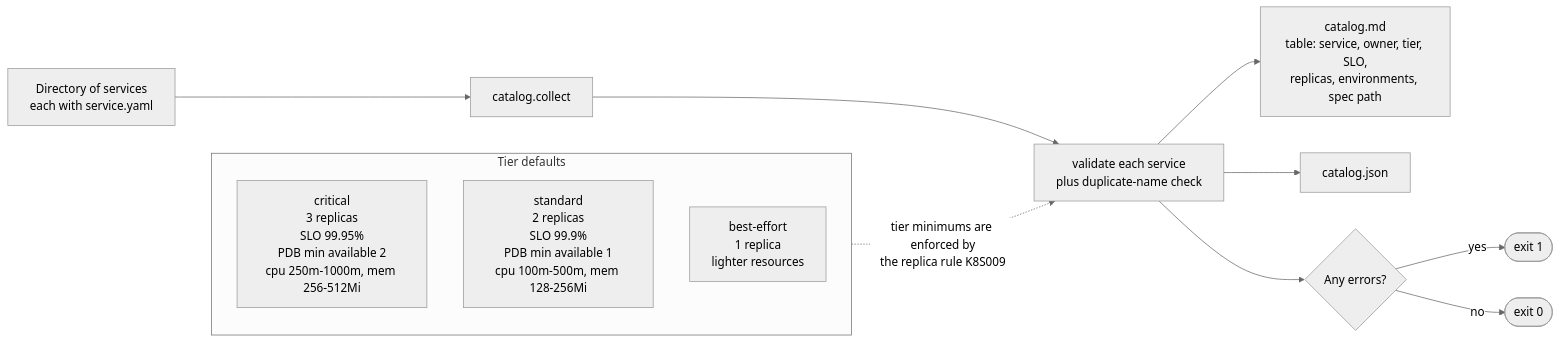
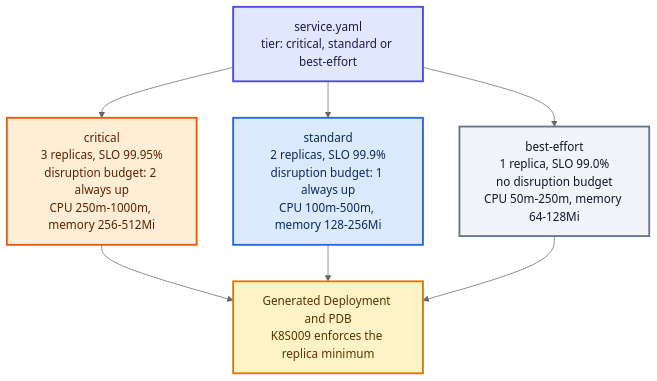
One commit to Joxejaime/Projects-2026 changed the third of 5 diagrams in projects/self-service-platform/docs/schematics/README.md. Above: the diagram before and after it, drawn with Mermaid (neutral theme). The commit also changed other lines of this file and 62 other files, not shown here.

First line of the commit message:
Colour the schematics and add LinkedIn cards and carousels

````diff
--- a/projects/self-service-platform/docs/schematics/README.md
+++ b/projects/self-service-platform/docs/schematics/README.md
@@ -62,21 +89,30 @@
 ```mermaid
-%% title: Reliability tiers and the service catalog
-%% caption: A tier is the only reliability choice a developer makes; defaults for replicas, resources, SLO and disruption budget follow from it (platformctl/models.py TIER_DEFAULTS). The catalog is built by scanning a directory of service.yaml files and running the same validation on each; a duplicate service name is CAT001.
-flowchart LR
-    subgraph tiers["Tier defaults"]
-        direction TB
-        crit["critical<br/>3 replicas<br/>SLO 99.95%<br/>PDB min available 2<br/>cpu 250m-1000m, mem 256-512Mi"]
-        std["standard<br/>2 replicas<br/>SLO 99.9%<br/>PDB min available 1<br/>cpu 100m-500m, mem 128-256Mi"]
-        be["best-effort<br/>1 replica<br/>lighter resources"]
-    end
+%% title: Reliability tiers
+%% headline: One choice, the reliability tier, sets the defaults
+%% takeaway: critical, standard or best-effort decides replicas, resources, SLO and disruption budget.
+%% legend: entry=Developer choice,cloud=critical,app=standard,neutral=best-effort,data=Generated defaults
+%% caption: A tier is the only reliability choice a developer makes; defaults for replicas, resources, SLO and disruption budget follow from it (platformctl/models.py TIER_DEFAULTS). The K8S009 rule rejects manifests with fewer replicas than the tier minimum.
+flowchart TB
+    pick["service.yaml<br/>tier: critical, standard or best-effort"]
+    crit["critical<br/>3 replicas, SLO 99.95%<br/>disruption budget: 2 always up<br/>CPU 250m-1000m, memory 256-512Mi"]
+    std["standard<br/>2 replicas, SLO 99.9%<br/>disruption budget: 1 always up<br/>CPU 100m-500m, memory 128-256Mi"]
+    be["best-effort<br/>1 replica, SLO 99.0%<br/>no disruption budget<br/>CPU 50m-250m, memory 64-128Mi"]
+    out["Generated Deployment and PDB<br/>K8S009 enforces the replica minimum"]
+    pick --> crit
+    pick --> std
+    pick --> be
+    crit --> out
+    std --> out
+    be --> out
 
-    svcs["Directory of services<br/>each with service.yaml"] --> collect["catalog.collect"]
-    collect --> val["validate each service<br/>plus duplicate-name check"]
-    val --> md["catalog.md<br/>table: service, owner, tier, SLO,<br/>replicas, environments, spec path"]
-    val --> js["catalog.json"]
-    val --> rc{"Any errors?"}
-    rc -- yes --> r1(["exit 1"])
-    rc -- no --> r0(["exit 0"])
-
-    tiers -. "tier minimums are enforced by<br/>the replica rule K8S009" .-> val
+    classDef entry fill:#E0E7FF,stroke:#4F46E5,stroke-width:2.5px,color:#1E1B4B
+    classDef app fill:#DBEAFE,stroke:#2563EB,stroke-width:2.5px,color:#0B2A5B
+    classDef data fill:#FEF3C7,stroke:#D97706,stroke-width:2.5px,color:#5B3300
+    classDef cloud fill:#FFEDD5,stroke:#EA580C,stroke-width:2.5px,color:#5A2300
+    classDef neutral fill:#F1F5F9,stroke:#64748B,stroke-width:2.5px,color:#0F172A
+    class pick entry
+    class crit cloud
+    class std app
+    class be neutral
+    class out data
 ```
````
